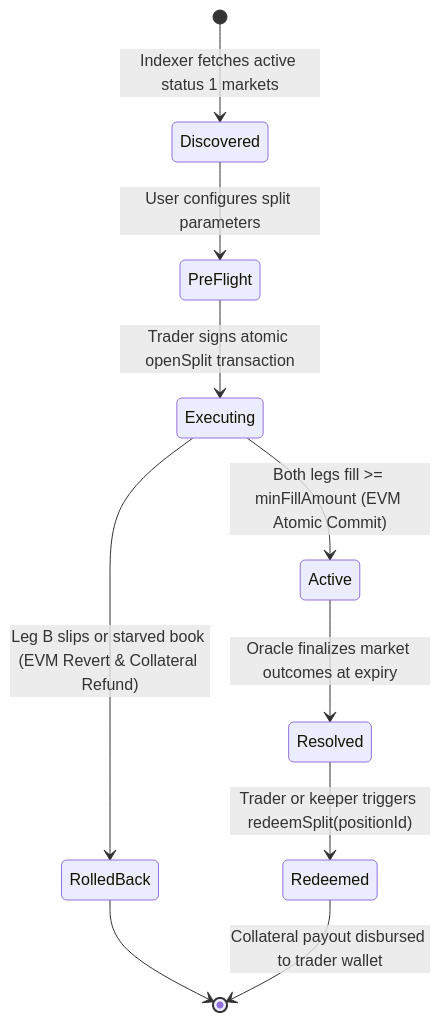
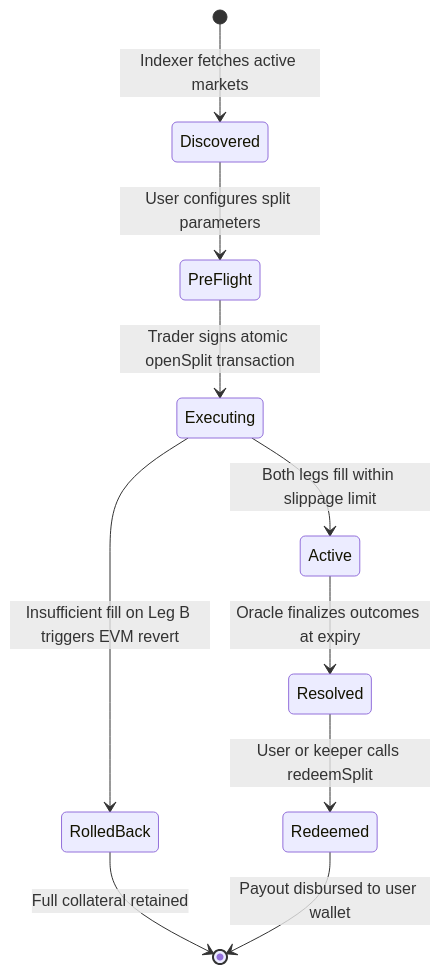
The fourth of 4 diagrams in README.md (rythmern02/Divergence-Router), drawn with Mermaid before and after one commit. The commit also changed other lines of this file, not shown here.

Commit message:
docs: resolve Mermaid diagram syntax and remove all emojis from README

````diff
--- a/README.md
+++ b/README.md
@@ -182,12 +183,12 @@
 ```mermaid
 stateDiagram-v2
-    [*] --> Discovered: Indexer fetches active status 1 markets
+    [*] --> Discovered: Indexer fetches active markets
     Discovered --> PreFlight: User configures split parameters
     PreFlight --> Executing: Trader signs atomic openSplit transaction
-    Executing --> Active: Both legs fill >= minFillAmount (EVM Atomic Commit)
-    Executing --> RolledBack: Leg B slips or starved book (EVM Revert & Collateral Refund)
-    RolledBack --> [*]
-    Active --> Resolved: Oracle finalizes market outcomes at expiry
-    Resolved --> Redeemed: Trader or keeper triggers redeemSplit(positionId)
-    Redeemed --> [*]: Collateral payout disbursed to trader wallet
+    Executing --> Active: Both legs fill within slippage limit
+    Executing --> RolledBack: Insufficient fill on Leg B triggers EVM revert
+    RolledBack --> [*]: Full collateral retained
+    Active --> Resolved: Oracle finalizes outcomes at expiry
+    Resolved --> Redeemed: User or keeper calls redeemSplit
+    Redeemed --> [*]: Payout disbursed to user wallet
 ```
````
